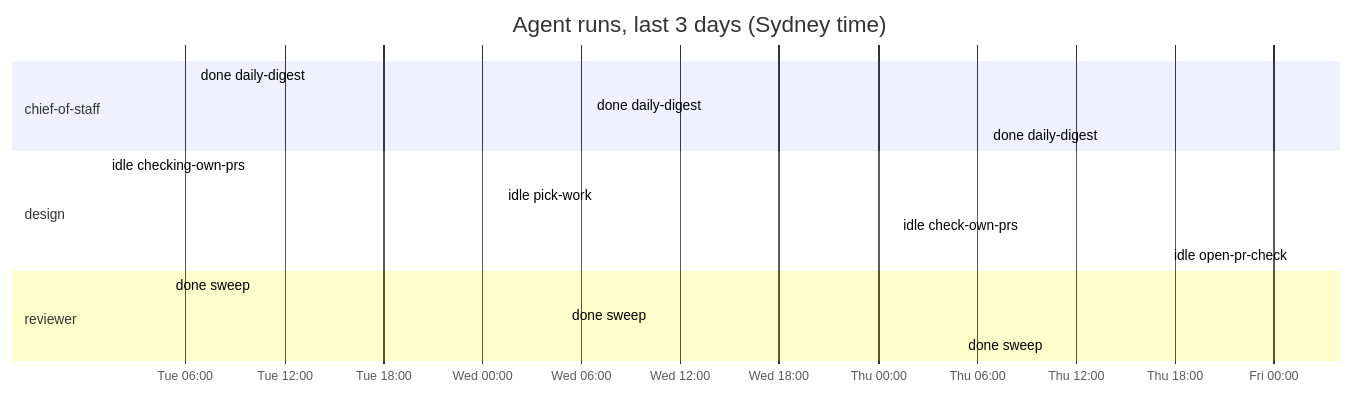
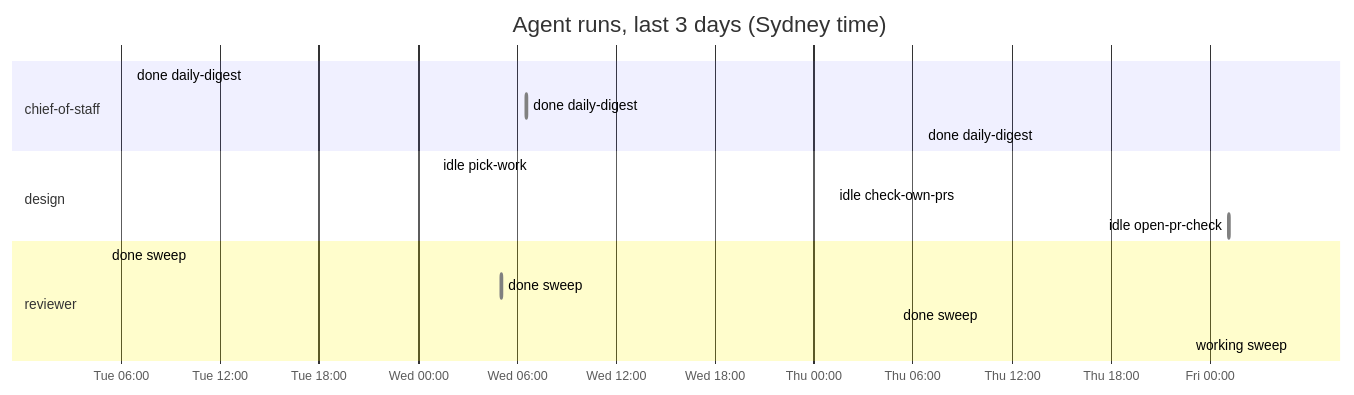
The diagram in dashboard.md (roulmediateam-byte/fifteen-expert-hq), drawn with Mermaid before and after one commit. The commit also changed other lines of this file and 1 other file, not shown here.

````diff
--- a/dashboard.md
+++ b/dashboard.md
@@ -46,19 +46,19 @@
 ```mermaid
 gantt
     title Agent runs, last 3 days (Sydney time)
     dateFormat YYYY-MM-DD HH:mm
     axisFormat %a %H:%M
     section chief-of-staff
     done daily-digest :done, 2026-11-17 06:35, 2026-11-17 06:36
     done daily-digest :done, 2026-11-18 06:35, 2026-11-18 06:36
     done daily-digest :done, 2026-11-19 06:35, 2026-11-19 06:36
     section design
-    idle checking-own-prs :done, 2026-11-17 01:12, 2026-11-17 01:12
     idle pick-work :done, 2026-11-18 01:11, 2026-11-18 01:11
     idle check-own-prs :done, 2026-11-19 01:10, 2026-11-19 01:11
     idle open-pr-check :done, 2026-11-20 01:10, 2026-11-20 01:11
     section reviewer
     done sweep :done, 2026-11-17 05:05, 2026-11-17 05:05
     done sweep :done, 2026-11-18 05:04, 2026-11-18 05:05
     done sweep :done, 2026-11-19 05:04, 2026-11-19 05:05
+    working sweep :active, 2026-11-20 05:05, 2026-11-20 05:05
 ```
````
